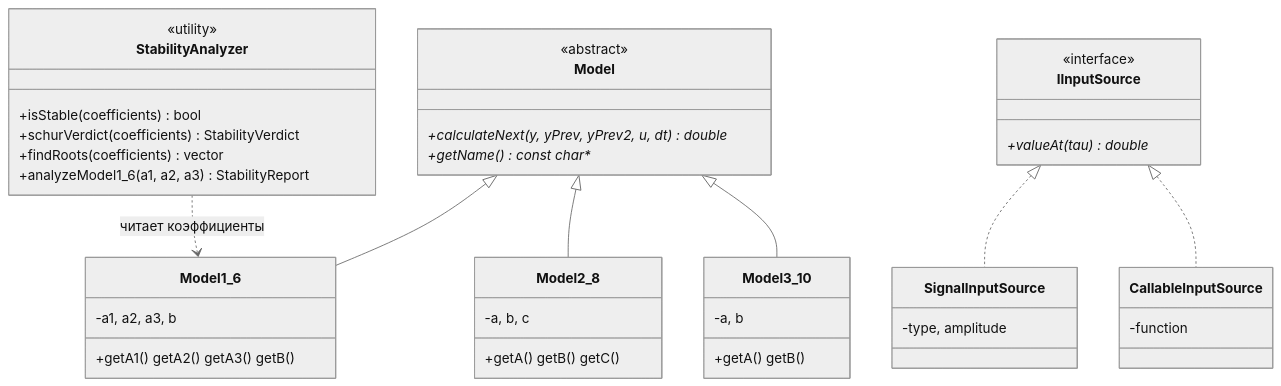
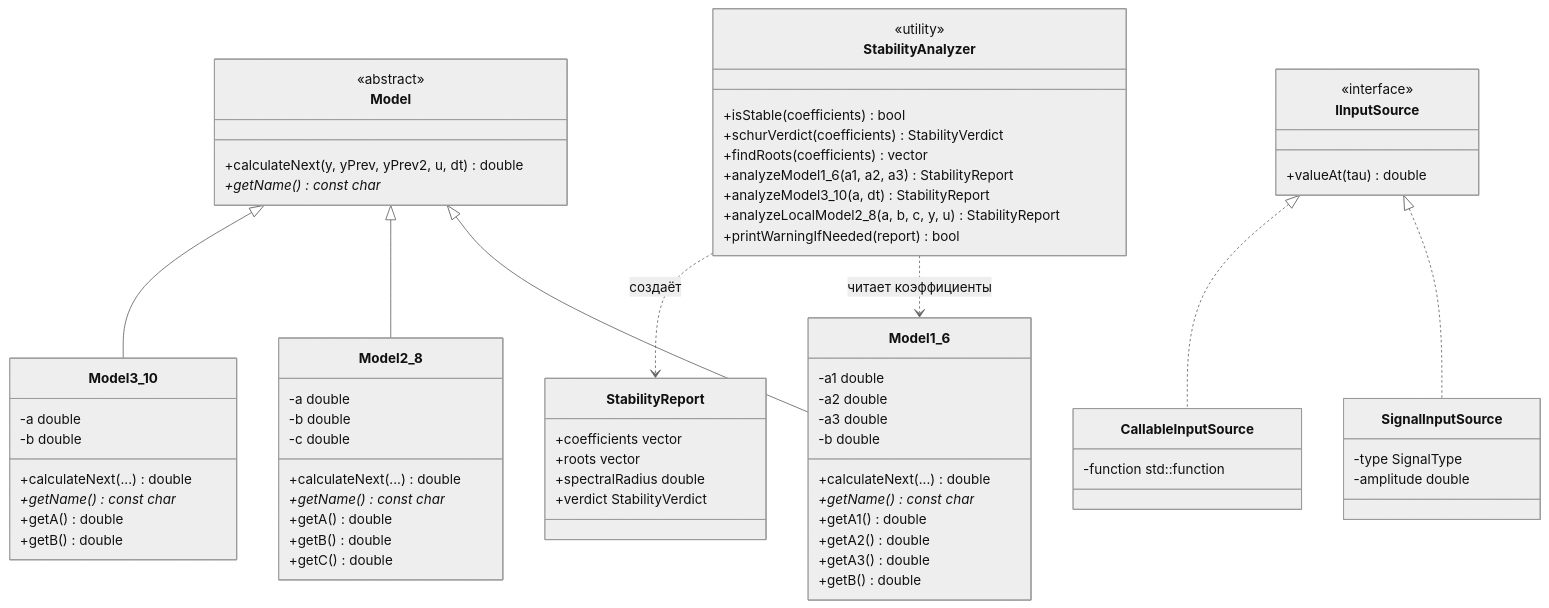
Before and after one commit to Mikell-code-degud/OTIS-2026: the diagram in trunk/ii03015/task_01/readme.md, drawn with Mermaid (neutral theme). The commit also changed other lines of this file, not shown here.

````diff
--- a/trunk/ii03015/task_01/readme.md
+++ b/trunk/ii03015/task_01/readme.md
@@ -64,44 +128,81 @@
 ```mermaid
 classDiagram
     class Model {
         <<abstract>>
-        +calculateNext(y, yPrev, yPrev2, u, dt)* double
-        +getName()* const char*
+        +calculateNext(y, yPrev, yPrev2, u, dt) double
+        +getName() const char*
     }
+
     class Model1_6 {
-        -a1, a2, a3, b
-        +getA1() getA2() getA3() getB()
+        -a1 double
+        -a2 double
+        -a3 double
+        -b double
+        +calculateNext(...) double
+        +getName() const char*
+        +getA1() double
+        +getA2() double
+        +getA3() double
+        +getB() double
     }
+
     class Model2_8 {
-        -a, b, c
-        +getA() getB() getC()
+        -a double
+        -b double
+        -c double
+        +calculateNext(...) double
+        +getName() const char*
+        +getA() double
+        +getB() double
+        +getC() double
     }
+
     class Model3_10 {
-        -a, b
-        +getA() getB()
+        -a double
+        -b double
+        +calculateNext(...) double
+        +getName() const char*
+        +getA() double
+        +getB() double
     }
+
     class IInputSource {
         <<interface>>
-        +valueAt(tau)* double
+        +valueAt(tau) double
     }
+
     class SignalInputSource {
-        -type, amplitude
+        -type SignalType
+        -amplitude double
     }
+
     class CallableInputSource {
-        -function
+        -function std::function
     }
+
     class StabilityAnalyzer {
         <<utility>>
         +isStable(coefficients) bool
         +schurVerdict(coefficients) StabilityVerdict
         +findRoots(coefficients) vector
         +analyzeModel1_6(a1, a2, a3) StabilityReport
+        +analyzeModel3_10(a, dt) StabilityReport
+        +analyzeLocalModel2_8(a, b, c, y, u) StabilityReport
+        +printWarningIfNeeded(report) bool
+    }
+
+    class StabilityReport {
+        +coefficients vector
+        +roots vector
+        +spectralRadius double
+        +verdict StabilityVerdict
     }
 
     Model <|-- Model1_6
     Model <|-- Model2_8
     Model <|-- Model3_10
     IInputSource <|.. SignalInputSource
     IInputSource <|.. CallableInputSource
     StabilityAnalyzer ..> Model1_6 : читает коэффициенты
+    StabilityAnalyzer ..> StabilityReport : создаёт
 ```
````
